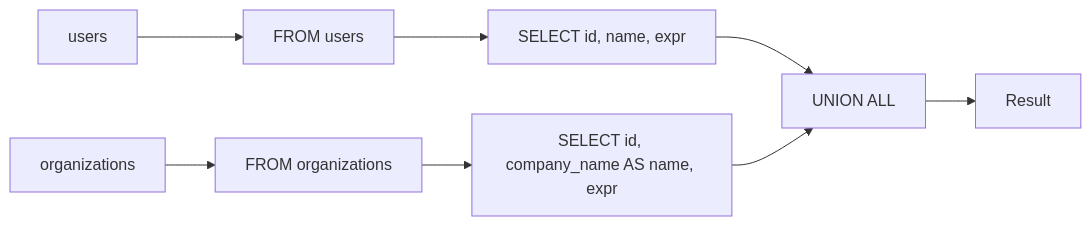
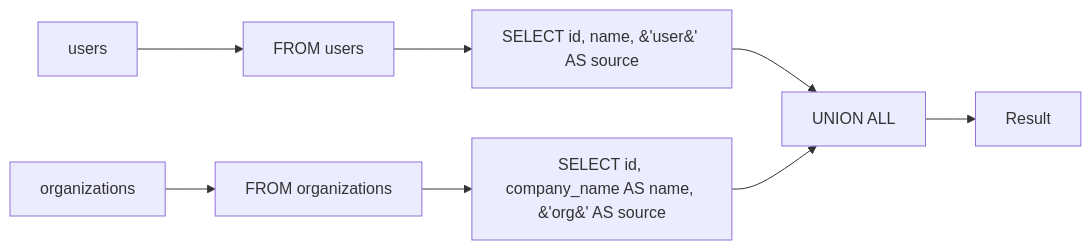
Before and after one commit to rot1024/sqloflow: the diagram in examples/union_query.mmd, drawn with Mermaid. The commit also changed 41 other files, not shown here.

```diff
--- a/examples/union_query.mmd
+++ b/examples/union_query.mmd
@@ -1,16 +1,16 @@
 flowchart LR
     node_0[users]
     node_1[FROM users]
-    node_2["SELECT id, name, expr"]
+    node_2["SELECT id, name, &#39;user&#39; AS source"]
     node_3[UNION ALL]
     node_4[organizations]
     node_5[FROM organizations]
-    node_6["SELECT id, company_name AS name, expr"]
+    node_6["SELECT id, company_name AS name, &#39;org&#39; AS source"]
     node_7[Result]
     node_0 --> node_1
     node_1 --> node_2
     node_2 --> node_3
     node_4 --> node_5
     node_5 --> node_6
     node_6 --> node_3
     node_3 --> node_7
```
